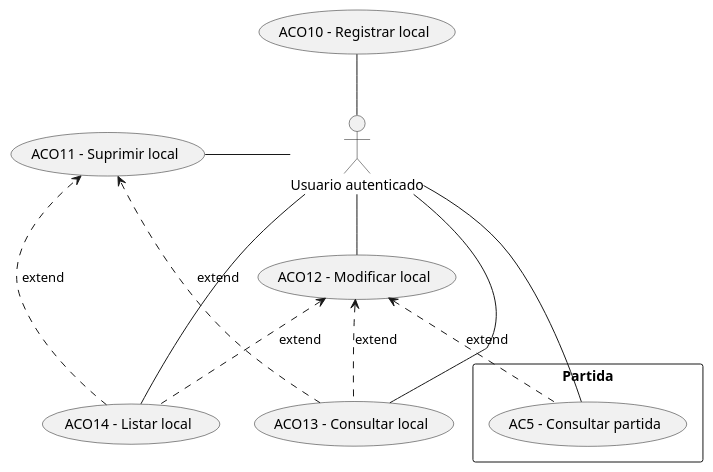
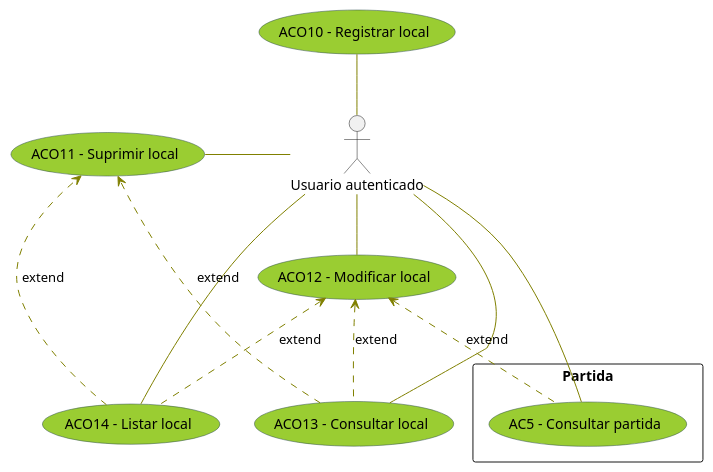
Before and after one commit to alediazrc/yacare: the diagram in docs/Clases/Yacaré/Comercio/UC_Local.pu, drawn with PlantUML. The commit also changed 5 other files, not shown here.

```diff
--- a/docs/Clases/Yacaré/Comercio/UC_Local.pu
+++ b/docs/Clases/Yacaré/Comercio/UC_Local.pu
@@ -1,31 +1,38 @@
 @startuml
+
+skinparam usecase {
+Backgroundcolor YellowGreen
+Bordercolor DarkSlateGrey
+
+ArrowColor Olive
+}
 
 /'CASOS DE USO'/
 (ACO10 - Registrar local) as ACO10
 (ACO11 - Suprimir local) as ACO11
 (ACO12 - Modificar local) as ACO12
 (ACO13 - Consultar local) as ACO13
 (ACO14 - Listar local) as ACO14
 
 rectangle Partida {
 (AC5 - Consultar partida) as AC5
 }
 
 /'ACTORES'/
 :Usuario autenticado: as Act1
 
 /'RELACIONES'/
 Act1 -up- ACO10
 Act1 -l- ACO11
 Act1 -- ACO12
 Act1 -r- ACO13
 Act1 -- ACO14
 Act1 -- AC5
 
 ACO13 ..> ACO11 : extend
 ACO12 <.. ACO13 : extend
 ACO14 ..> ACO11 : extend
 ACO12 <.. ACO14 : extend
 ACO12 <.. AC5 : extend
 
 @enduml
```
